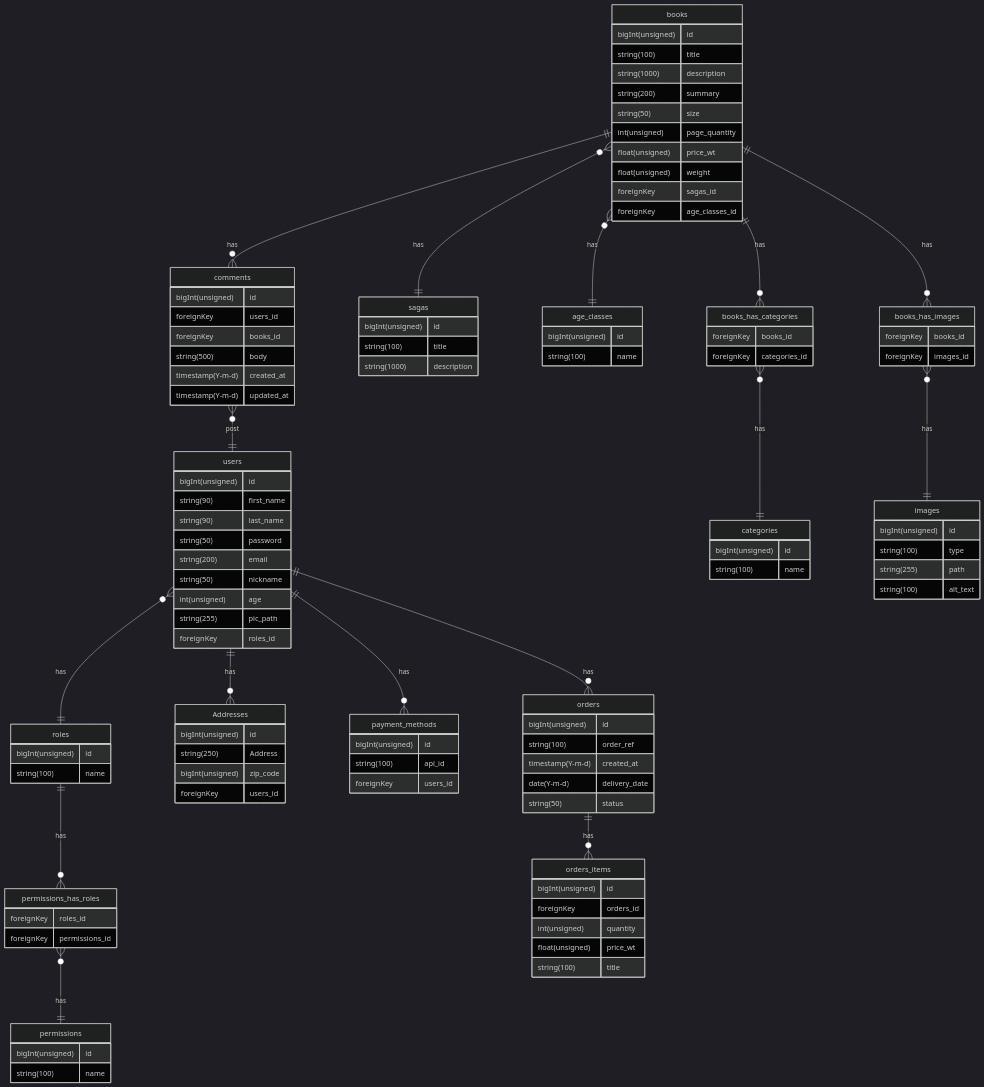
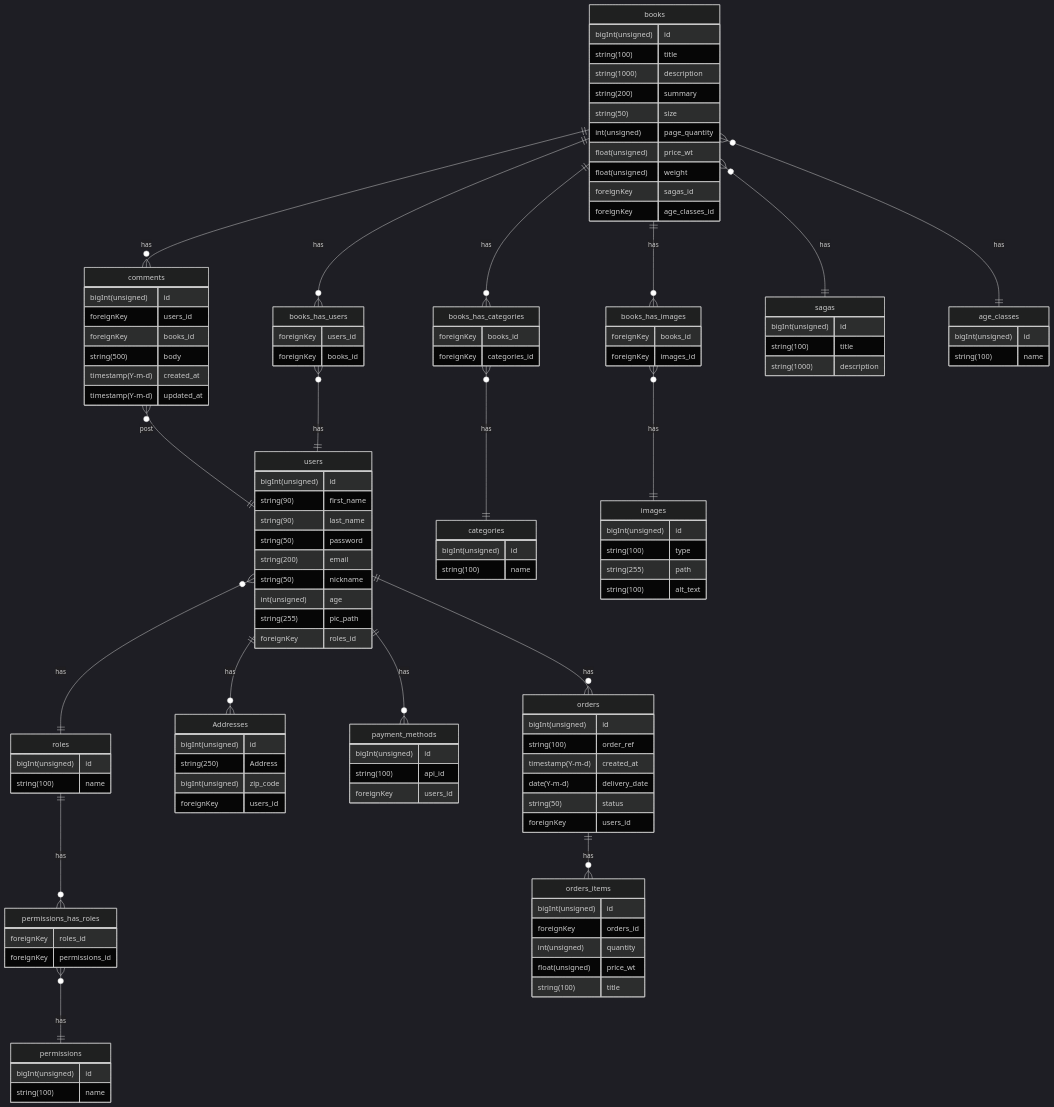
The diagram in doc/dbDiagram.md (charlyol/ECommerce-SCHA), drawn with Mermaid (dark theme) before and after one commit.

Commit message:
DB diagram updated

```diff
--- a/doc/dbDiagram.md
+++ b/doc/dbDiagram.md
@@ -9,17 +9,24 @@
 users ||--o{ orders : "has"
 comments }o--|| users : "post"
 books ||--o{ comments : "has"
-books }o--|| sagas : "has"
-books }o--|| age_classes : "has"
+books ||--o{books_has_users : "has"
+books_has_users }o--||users : "has"
 books ||--o{ books_has_categories : "has"
 books_has_categories }o--||  categories : "has"
 books ||--o{ books_has_images : "has"
 books_has_images }o--|| images : "has"
 orders ||--o{ orders_items : "has"
+books }o--|| sagas : "has"
+books }o--|| age_classes : "has"
+
 
 roles {
 bigInt(unsigned) id
 string(100) name
+}
+books_has_users {
+    foreignKey users_id
+    foreignKey books_id
 }
 permissions_has_roles {
     foreignKey roles_id
@@ -57,6 +64,7 @@
 timestamp(Y-m-d) created_at
 date(Y-m-d) delivery_date
 string(50) status
+foreignKey users_id
 }
 
 orders_items {
```
